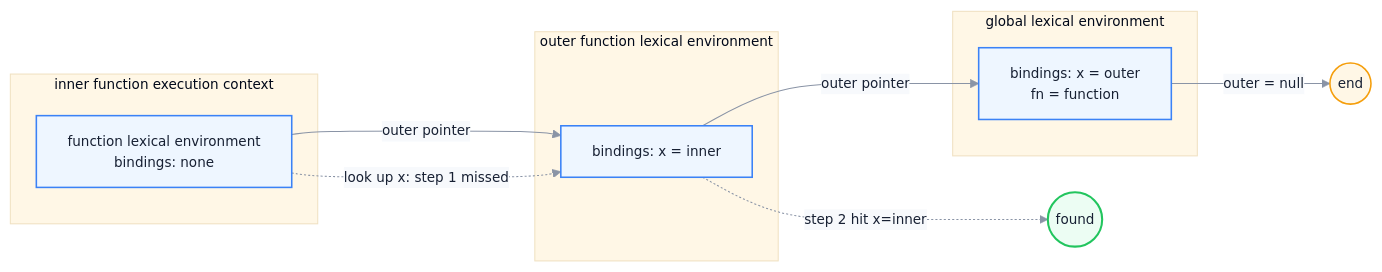
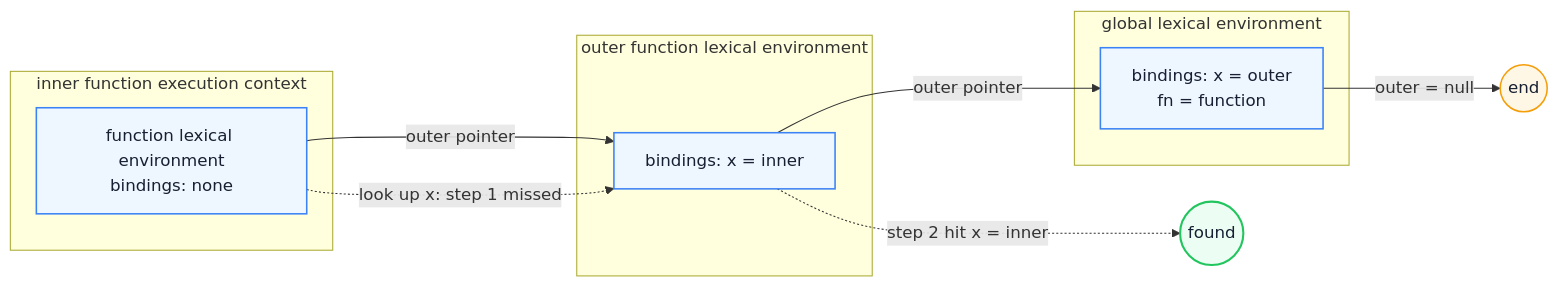
The second of 3 diagrams in docs/en/javascript/execution-context-closure.md (Fatejian/frontier-vault), drawn with Mermaid before and after one commit. The commit also changed other lines of this file and 41 other files, not shown here.

````diff
--- a/docs/en/javascript/execution-context-closure.md
+++ b/docs/en/javascript/execution-context-closure.md
@@ -235,27 +210,26 @@
 ```mermaid
-%%{init: {'theme': 'base', 'themeVariables': { 'fontFamily': 'Inter, PingFang SC, Microsoft YaHei, sans-serif', 'primaryColor': '#EEF6FF', 'primaryTextColor': '#172033', 'primaryBorderColor': '#6EA8FE', 'lineColor': '#8A94A6', 'secondaryColor': '#F7F9FC', 'tertiaryColor': '#FFF7E6', 'fontSize': '13px'}}}%%
 flowchart LR
     subgraph Inner["inner function execution context"]
         IE["function lexical environment<br/>bindings: none"]
     end
     subgraph Outer["outer function lexical environment"]
         OE["bindings: x = inner"]
     end
     subgraph Global["global lexical environment"]
         GE["bindings: x = outer<br/>fn = function"]
     end
 
     IE -- "outer pointer" --> OE
     OE -- "outer pointer" --> GE
     GE -- "outer = null" --> Null((end))
 
     IE -. "look up x: step 1 missed" .-> OE
-    OE -. "step 2 hit x=inner" .-> Hit((found))
+    OE -. "step 2 hit x = inner" .-> Hit((found))
 
-    classDef env fill:#EEF6FF,stroke:#3B82F6,color:#172033,stroke-width:1.5px;
-    classDef hit fill:#ECFDF3,stroke:#22C55E,color:#172033,stroke-width:2px;
-    classDef ending fill:#FFF7E6,stroke:#F59E0B,color:#172033,stroke-width:1.5px;
-    class IE,OE,GE env;
-    class Hit hit;
-    class Null ending;
+    classDef wait fill:#EEF6FF,stroke:#3B82F6,color:#172033,stroke-width:1.5px;
+    classDef work fill:#ECFDF3,stroke:#22C55E,color:#172033,stroke-width:2px;
+    classDef block fill:#FFF7E6,stroke:#F59E0B,color:#172033,stroke-width:1.5px;
+    class IE,OE,GE wait;
+    class Hit work;
+    class Null block;
 ```
````
